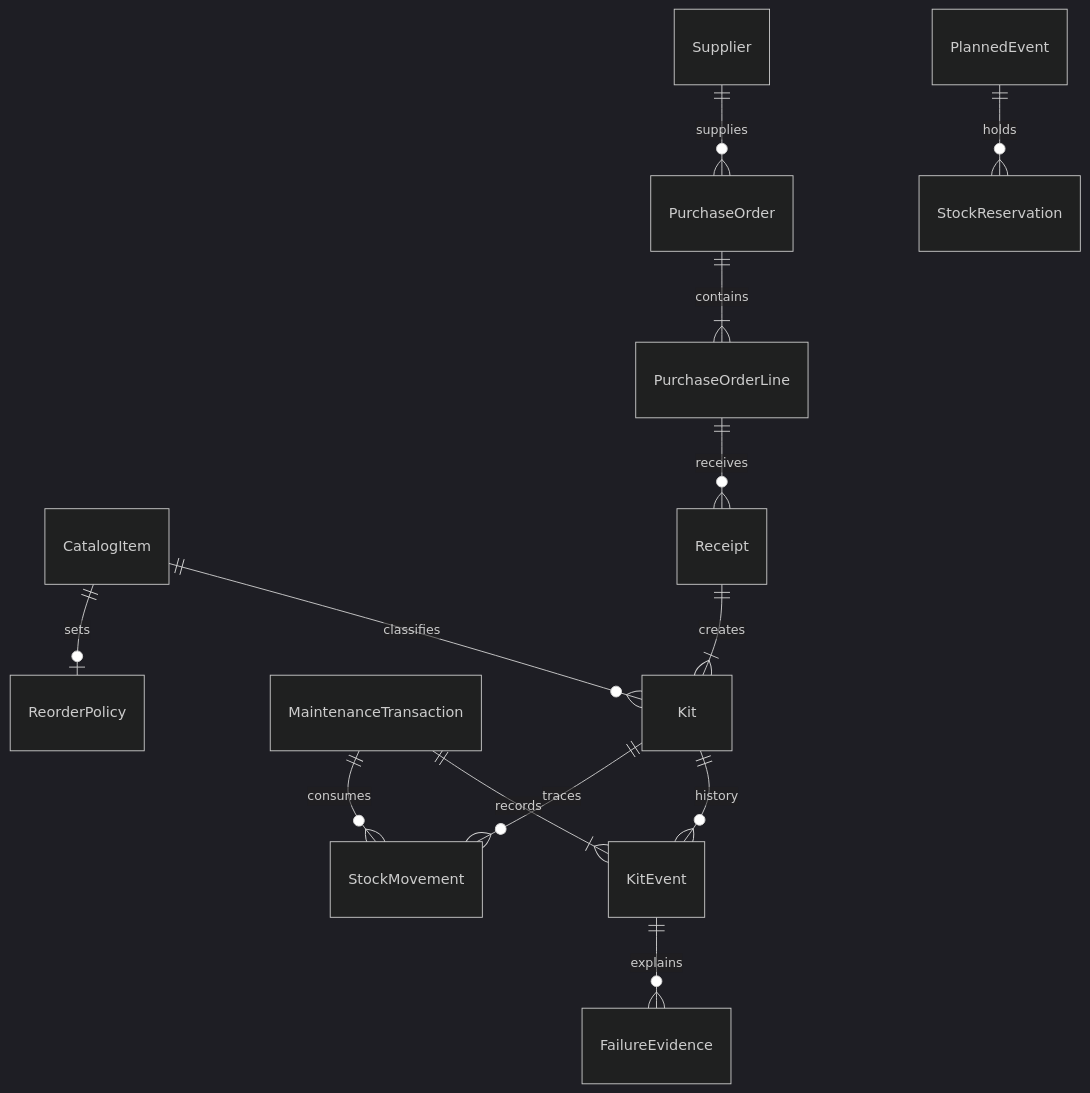
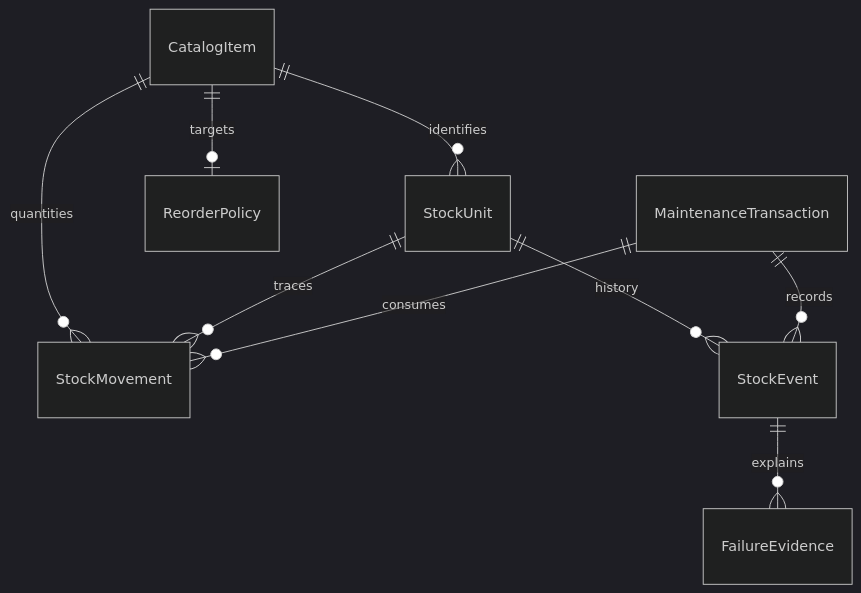
The second of 2 diagrams in docs/specs/inventory.md (wilesy7404/Colt), drawn with Mermaid (dark theme) before and after one commit. The commit also changed other lines of this file, not shown here.

````diff
--- a/docs/specs/inventory.md
+++ b/docs/specs/inventory.md
@@ -98,15 +176,11 @@
 ```mermaid
 erDiagram
-  CatalogItem ||--o{ Kit : classifies
-  Kit ||--o{ KitEvent : history
-  MaintenanceTransaction ||--|{ KitEvent : records
+  CatalogItem ||--o{ StockUnit : identifies
+  CatalogItem ||--o{ StockMovement : quantities
+  CatalogItem ||--o| ReorderPolicy : targets
+  StockUnit ||--o{ StockMovement : traces
+  StockUnit ||--o{ StockEvent : history
   MaintenanceTransaction ||--o{ StockMovement : consumes
-  Kit ||--o{ StockMovement : traces
-  KitEvent ||--o{ FailureEvidence : explains
-  Supplier ||--o{ PurchaseOrder : supplies
-  PurchaseOrder ||--|{ PurchaseOrderLine : contains
-  PurchaseOrderLine ||--o{ Receipt : receives
-  Receipt ||--|{ Kit : creates
-  PlannedEvent ||--o{ StockReservation : holds
-  CatalogItem ||--o| ReorderPolicy : sets
+  MaintenanceTransaction ||--o{ StockEvent : records
+  StockEvent ||--o{ FailureEvidence : explains
 ```
````
